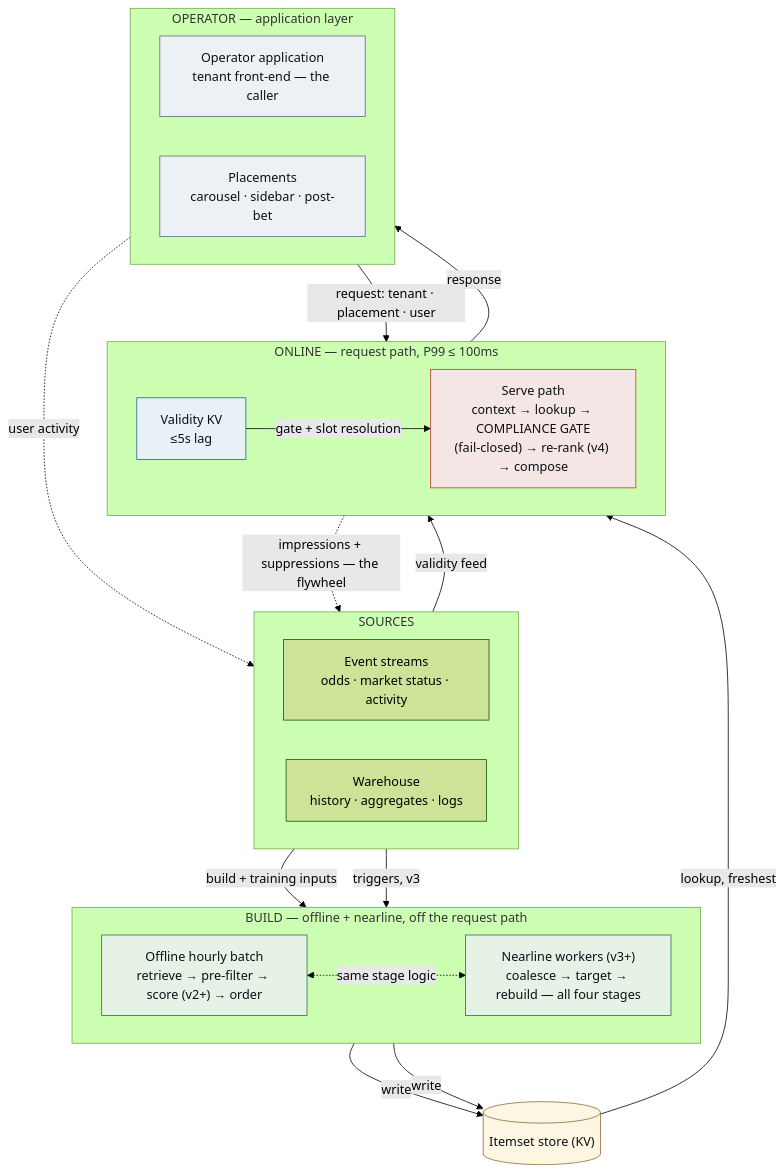
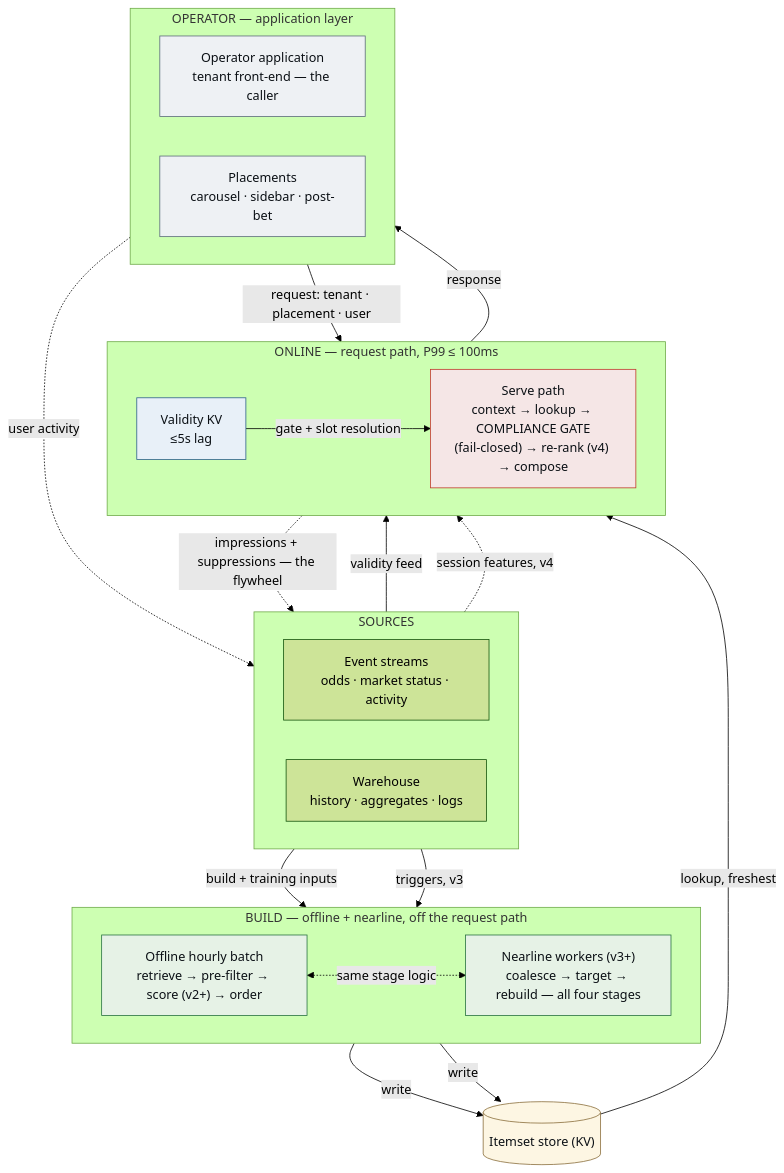
One commit to nickleomartin/whizdom-ai-interview changed the diagram in design.md. Above: the diagram before and after it, drawn with Mermaid (forest theme).

Commit message:
docs: sync mermaid with the explorer schematic - v4 session-features edge
The explorer gained the streams -> re-ranker session-features edge in
the v4 audit; the design.md mermaid never did. Added as a dashed
v4-labelled edge into the serve path (which carries the re-rank step
inline).

Claude-Session: https://claude.ai/code/session_01VLvFdLMsymcBTKQSczVfJt

````diff
--- a/design.md
+++ b/design.md
@@ -77,52 +77,53 @@
 ```mermaid
 flowchart TB
     subgraph SRC["SOURCES"]
         direction LR
         ES["Event streams<br/>odds · market status · activity"]
         WH["Warehouse<br/>history · aggregates · logs"]
     end
 
     subgraph BUILD["BUILD — offline + nearline, off the request path"]
         direction LR
         OFF["Offline hourly batch<br/>retrieve → pre-filter → score (v2+) → order"]
         NL["Nearline workers (v3+)<br/>coalesce → target → rebuild — all four stages"]
     end
 
     STORE[("Itemset store (KV)")]
 
     subgraph ON["ONLINE — request path, P99 ≤ 100ms"]
         direction LR
         VKV["Validity KV<br/>≤5s lag"]
         SERVE["Serve path<br/>context → lookup → COMPLIANCE GATE<br/>(fail-closed) → re-rank (v4) → compose"]
     end
 
     subgraph OP["OPERATOR — application layer"]
         direction LR
         APP["Operator application<br/>tenant front-end — the caller"]
         PL["Placements<br/>carousel · sidebar · post-bet"]
     end
 
     WH -->|build + training inputs| OFF
     ES -->|triggers, v3| NL
     ES -->|validity feed| VKV
+    ES -.->|"session features, v4"| SERVE
     OFF <-.->|same stage logic| NL
     OFF -->|write| STORE
     NL -->|write| STORE
     STORE -->|lookup, freshest| SERVE
     VKV -->|gate + slot resolution| SERVE
     APP -->|"request: tenant · placement · user"| SERVE
     SERVE -->|response| PL
     APP -.->|user activity| ES
     SERVE -.->|"impressions + suppressions — the flywheel"| WH
 
     classDef built fill:#e6f2e6,stroke:#27713f,color:#0b1015
     classDef online fill:#f5e6e6,stroke:#c0392b,color:#0b1015
     classDef kv fill:#e8f0f8,stroke:#2c5f8a,color:#0b1015
     classDef stor fill:#fdf6e3,stroke:#8a6d3b,color:#0b1015
     classDef op fill:#eef1f4,stroke:#5a6b7a,color:#0b1015
     class OFF,NL built
     class SERVE online
     class VKV kv
     class STORE stor
     class APP,PL op
 ```
````
